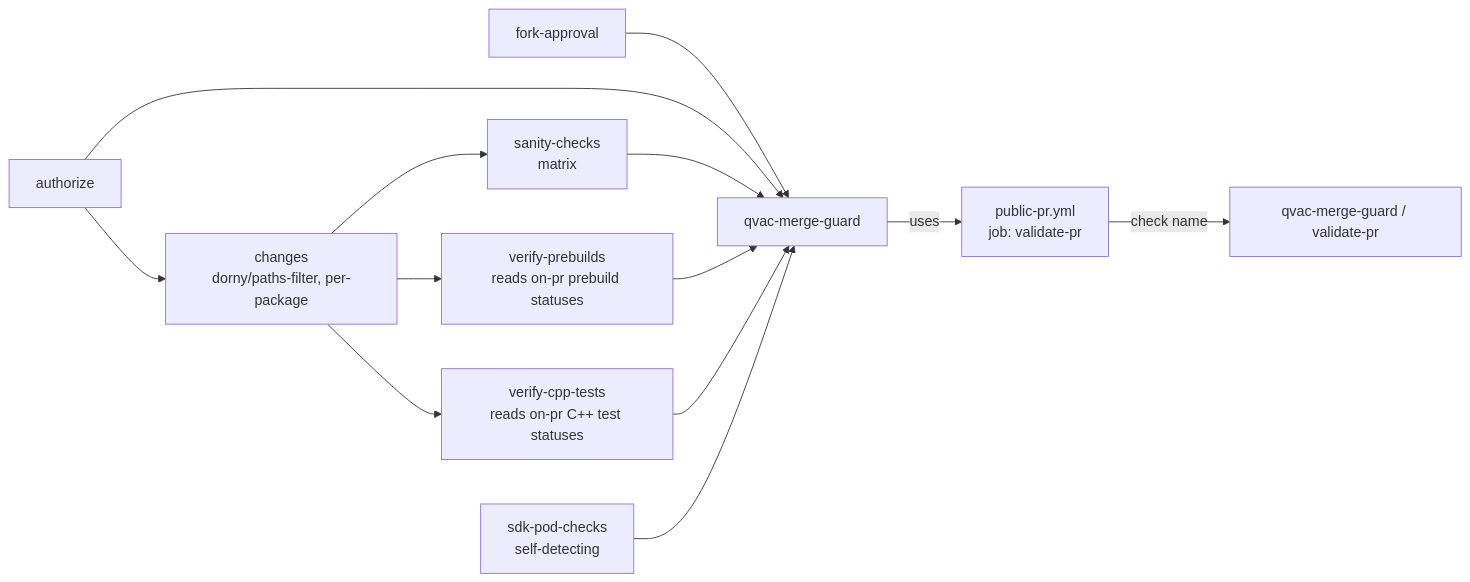
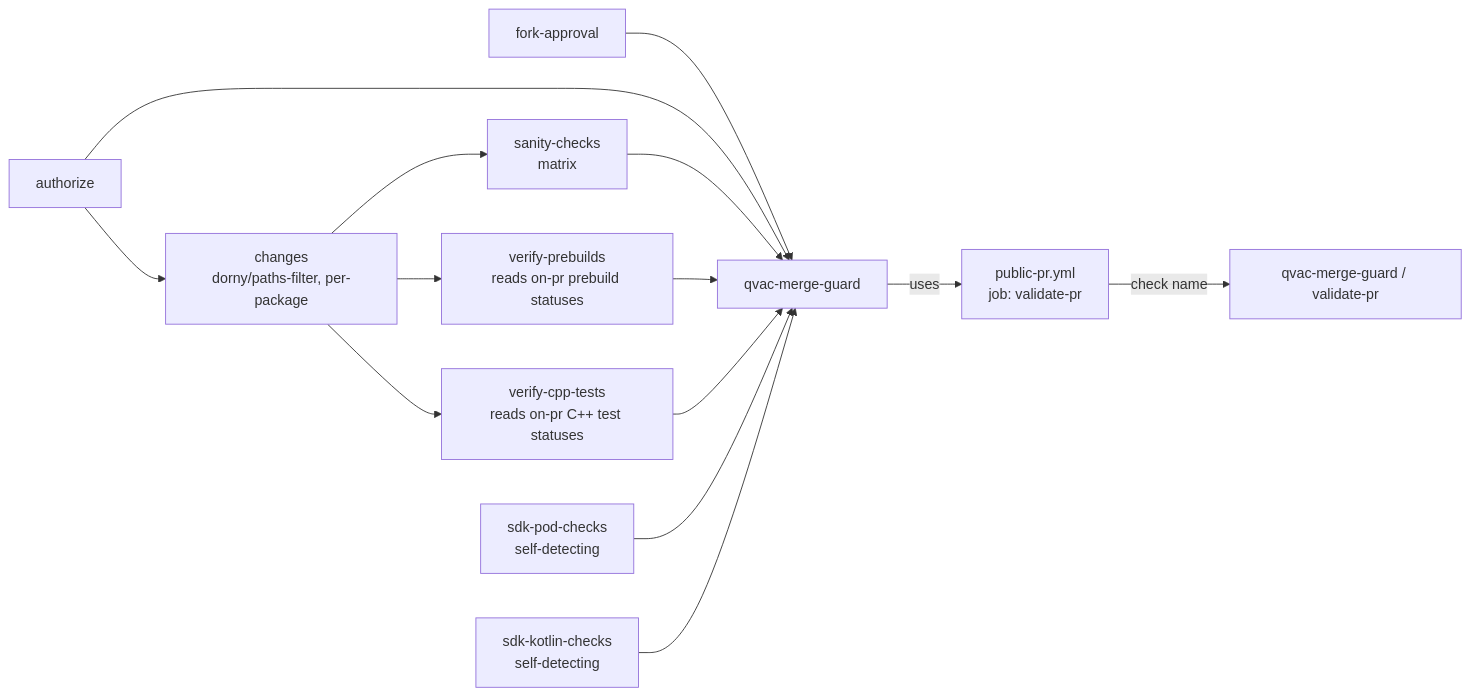
One commit to tetherto/qvac changed the diagram in docs/ci/MERGE-GUARD.md. Above: the diagram before and after it, drawn with Mermaid. The commit also changed other lines of this file and 3 other files, not shown here.

First line of the commit message:
QVAC-25125 infra: make the Kotlin SDK checks a required merge gate

````diff
--- a/docs/ci/MERGE-GUARD.md
+++ b/docs/ci/MERGE-GUARD.md
@@ -27,15 +27,16 @@
 ```mermaid
 flowchart LR
     FA[fork-approval] --> QMG[qvac-merge-guard]
     AUTH[authorize] --> QMG
     AUTH --> CHANGES[changes<br/>dorny/paths-filter, per-package]
     CHANGES --> SC[sanity-checks<br/>matrix]
     CHANGES --> VP[verify-prebuilds<br/>reads on-pr prebuild statuses]
     CHANGES --> VC[verify-cpp-tests<br/>reads on-pr C++ test statuses]
     SC --> QMG
     VP --> QMG
     VC --> QMG
     SDK[sdk-pod-checks<br/>self-detecting] --> QMG
+    SKC[sdk-kotlin-checks<br/>self-detecting] --> QMG
     QMG -->|uses| PP[public-pr.yml<br/>job: validate-pr]
     PP -->|check name| CHK["qvac-merge-guard / validate-pr"]
 ```
````
